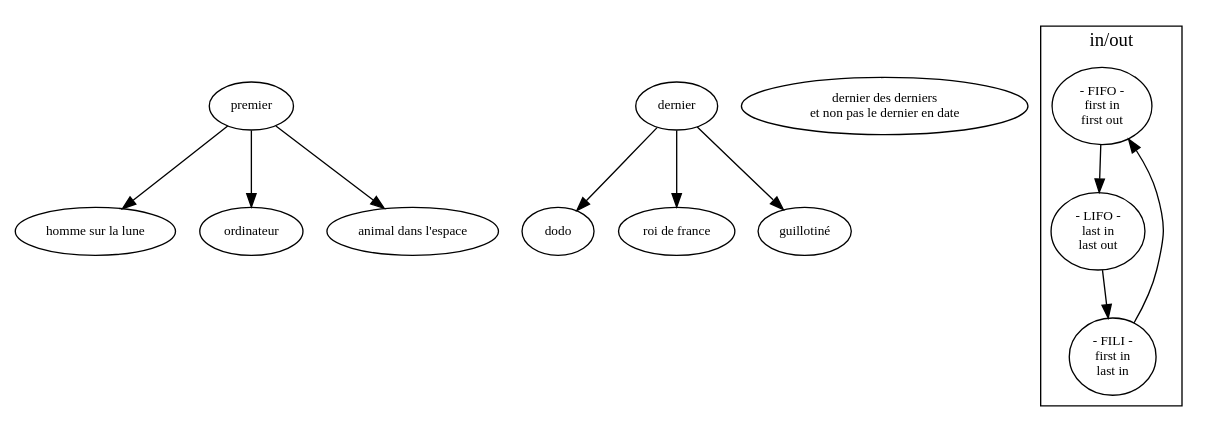
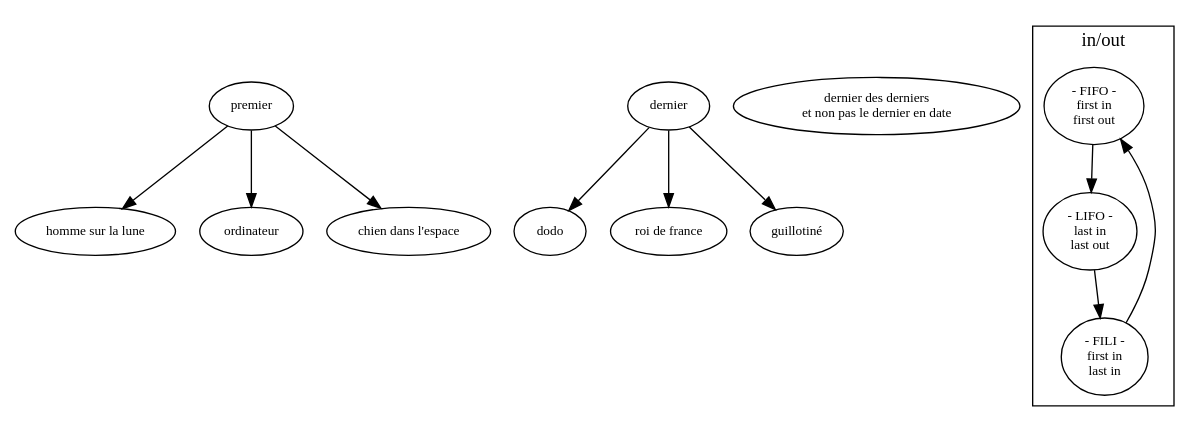
Before and after one commit to ensad-nancy/first-last: the diagram in sujet.dot, drawn with Graphviz.

Commit message:
+	first -> "chien dans l'espace"

```diff
--- a/sujet.dot
+++ b/sujet.dot
@@ -1,33 +1,33 @@
 digraph {
 
 	fontname="myriadpro"
 	fontsize = 14
 	
 	node [fontname="myriadpro", fontsize = 10]
 	edge [fontname="monaco", fontsize = 9]
 	
 	first [label="premier"]
 	last [label="dernier"]
 	
 	"dernier des derniers\n et non pas le dernier en date" 
 
 	first -> "homme sur la lune"
 	first -> "ordinateur"
-	first -> "animal dans l'espace"
+	first -> "chien dans l'espace"
 	
 	last -> dodo
 	last -> "roi de france"
 	last -> "guillotiné"
 
 	subgraph cluster_FO{
 	
 		label="in/out"
 		
 		FIFO [label="- FIFO -\nfirst in\nfirst out"]
 		LIFO [label="- LIFO -\nlast in\nlast out"]
 		FILI [label="- FILI -\nfirst in\n last in"]
 
 		FILI -> FIFO -> LIFO -> FILI
 	}
 	
 }
```
